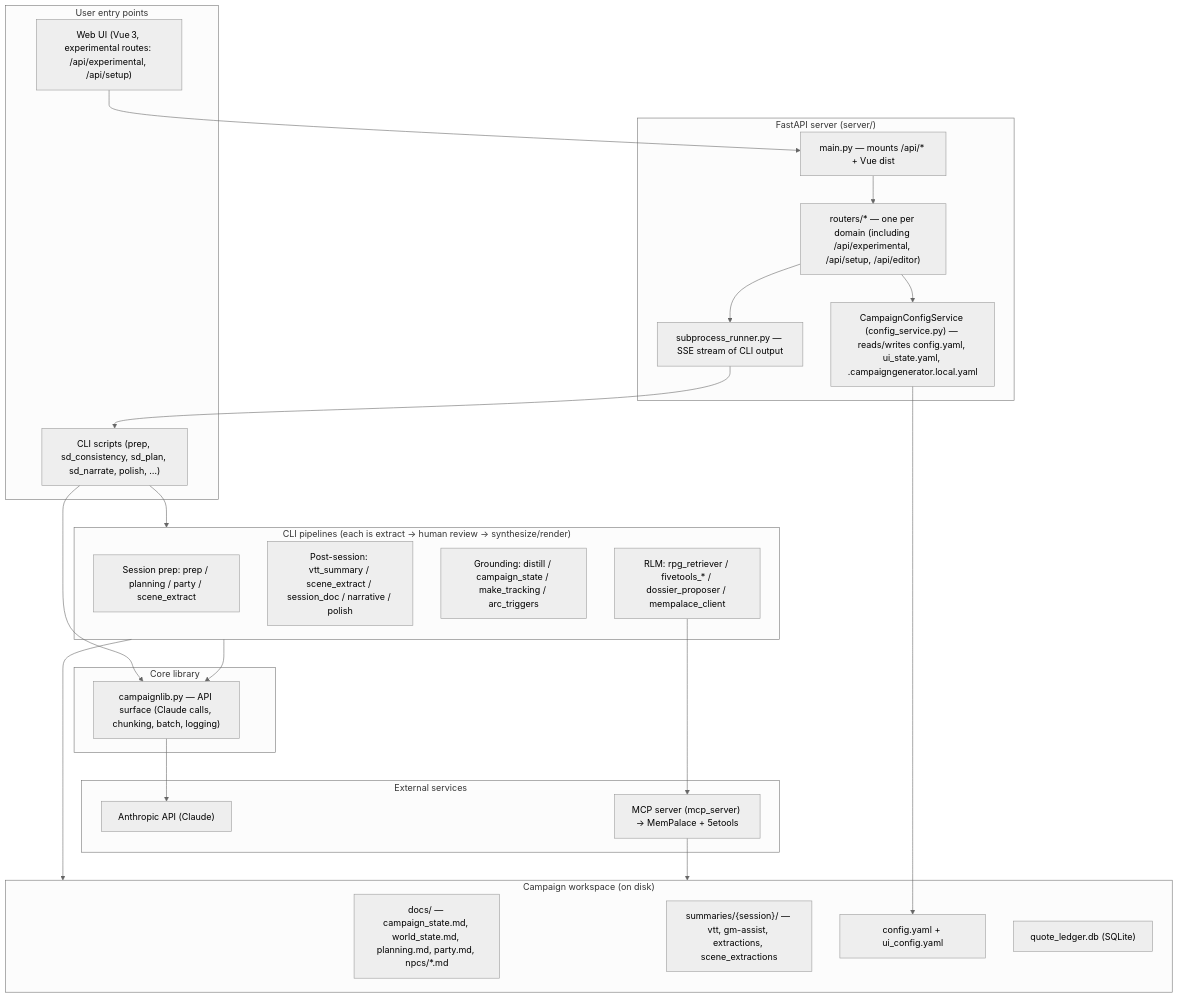
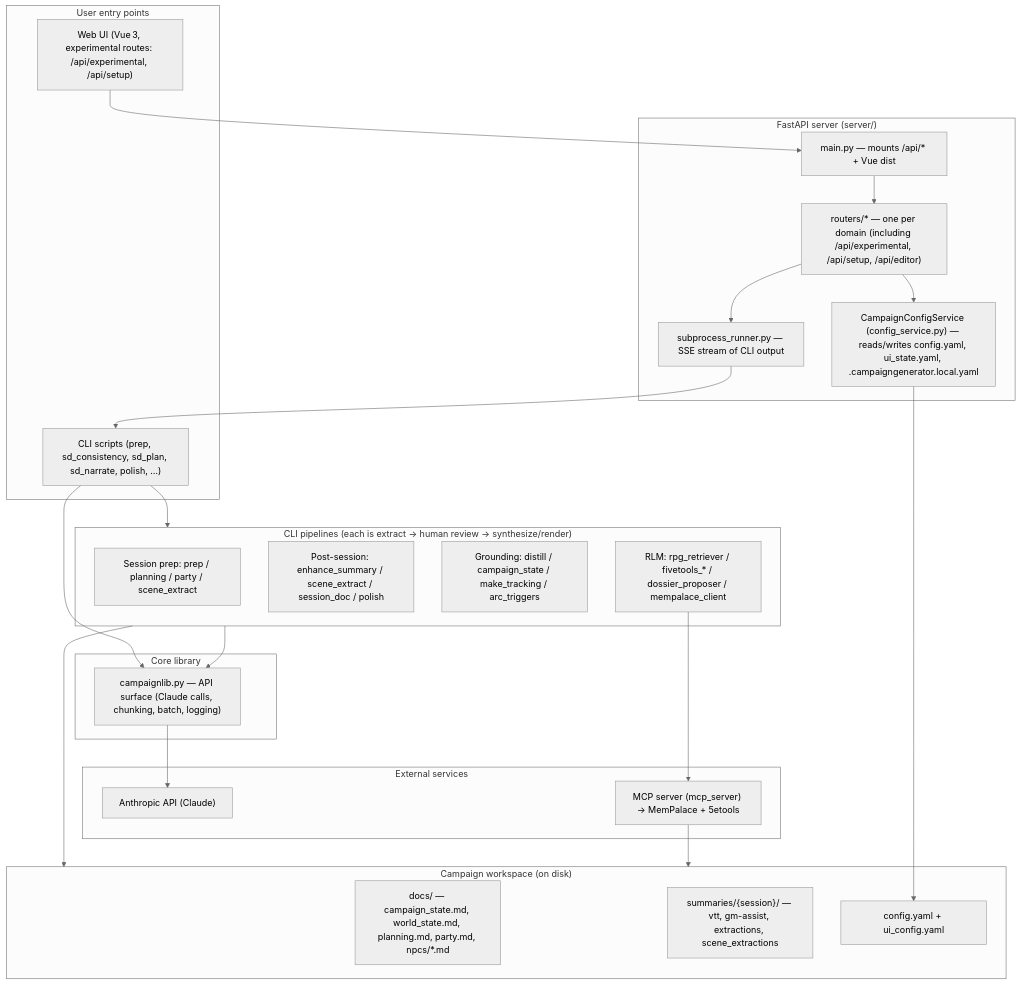
One commit to kostadis/CampaignGenerator changed the first of 3 diagrams in docs/core/architecture.md. Above: the diagram before and after it, drawn with Mermaid (neutral theme). The commit also changed other lines of this file and 69 other files, not shown here.

````diff
--- a/docs/core/architecture.md
+++ b/docs/core/architecture.md
@@ -16,51 +16,50 @@
 ```mermaid
 flowchart TB
     subgraph User["User entry points"]
         CLI["CLI scripts (prep, sd_consistency, sd_plan, sd_narrate, polish, …)"]
         Web["Web UI (Vue 3, experimental routes: /api/experimental, /api/setup)"]
     end
 
     subgraph Server["FastAPI server (server/)"]
         Main["main.py — mounts /api/* + Vue dist"]
         Routers["routers/* — one per domain (including /api/experimental, /api/setup, /api/editor)"]
     SubRun["subprocess_runner.py — SSE stream of CLI output"]
     Cfg["CampaignConfigService (config_service.py) — reads/writes config.yaml, ui_state.yaml, .campaigngenerator.local.yaml"]
     end
 
     subgraph Core["Core library"]
         Lib["campaignlib.py — API surface (Claude calls, chunking, batch, logging)"]
     end
 
     subgraph Pipelines["CLI pipelines (each is extract → human review → synthesize/render)"]
         Prep["Session prep: prep / planning / party / scene_extract"]
-        Post["Post-session: vtt_summary / scene_extract / session_doc / narrative / polish"]
+        Post["Post-session: enhance_summary / scene_extract / session_doc / polish"]
         Ground["Grounding: distill / campaign_state / make_tracking / arc_triggers"]
         RLM["RLM: rpg_retriever / fivetools_* / dossier_proposer / mempalace_client"]
     end
 
     subgraph Disk["Campaign workspace (on disk)"]
         Docs["docs/ — campaign_state.md, world_state.md, planning.md, party.md, npcs/*.md"]
         Sess["summaries/{session}/ — vtt, gm-assist, extractions, scene_extractions"]
         Cfgs["config.yaml + ui_config.yaml"]
-        Ledger["quote_ledger.db (SQLite)"]
     end
 
     subgraph External["External services"]
         Claude["Anthropic API (Claude)"]
         MCP["MCP server (mcp_server) → MemPalace + 5etools"]
     end
 
     Web --> Main
     Main --> Routers
     Routers --> SubRun
     SubRun --> CLI
     Routers --> Cfg
     Cfg --> Cfgs
     CLI --> Lib
     Lib --> Claude
     CLI --> Pipelines
     Pipelines --> Disk
     Pipelines --> Lib
     RLM --> MCP
     MCP --> Disk
 ```
````
